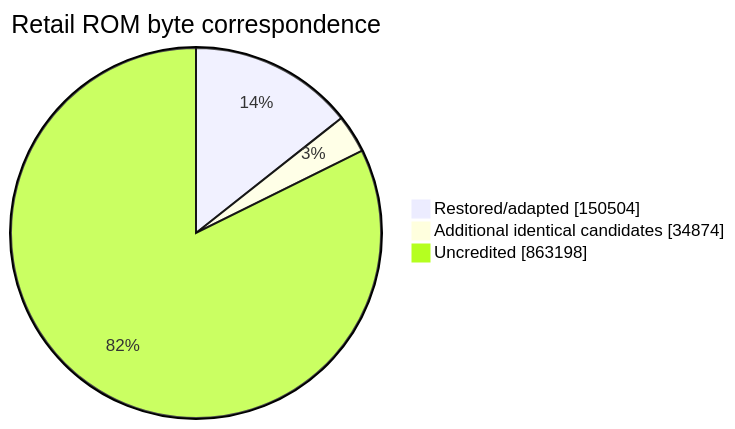
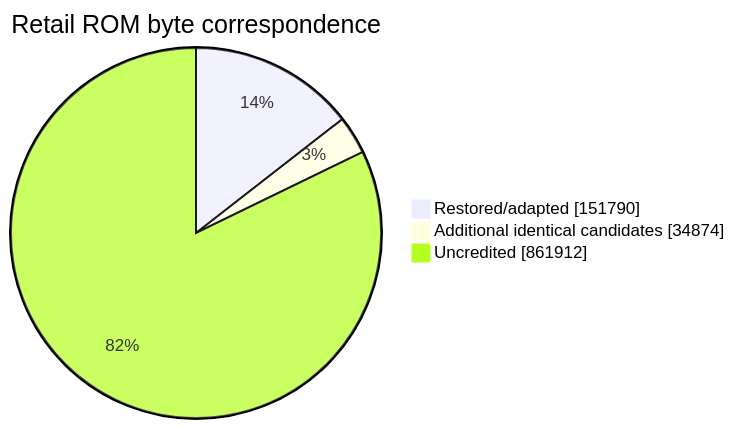
The second of 2 diagrams in readme.md (NachtRaveVL/stuntracefx), drawn with Mermaid before and after one commit. The commit also changed other lines of this file and 4 other files, not shown here.

````diff
--- a/readme.md
+++ b/readme.md
@@ -106,7 +106,7 @@
 ```mermaid
 pie showData
     title Retail ROM byte correspondence
-    "Restored/adapted" : 150504
+    "Restored/adapted" : 151790
     "Additional identical candidates" : 34874
-    "Uncredited" : 863198
+    "Uncredited" : 861912
 ```
````
